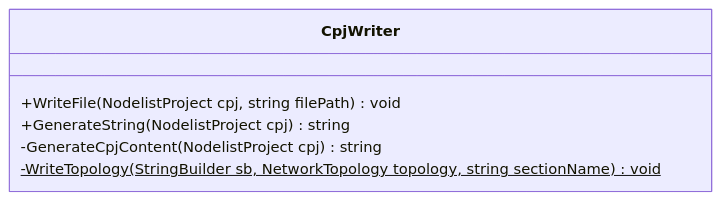
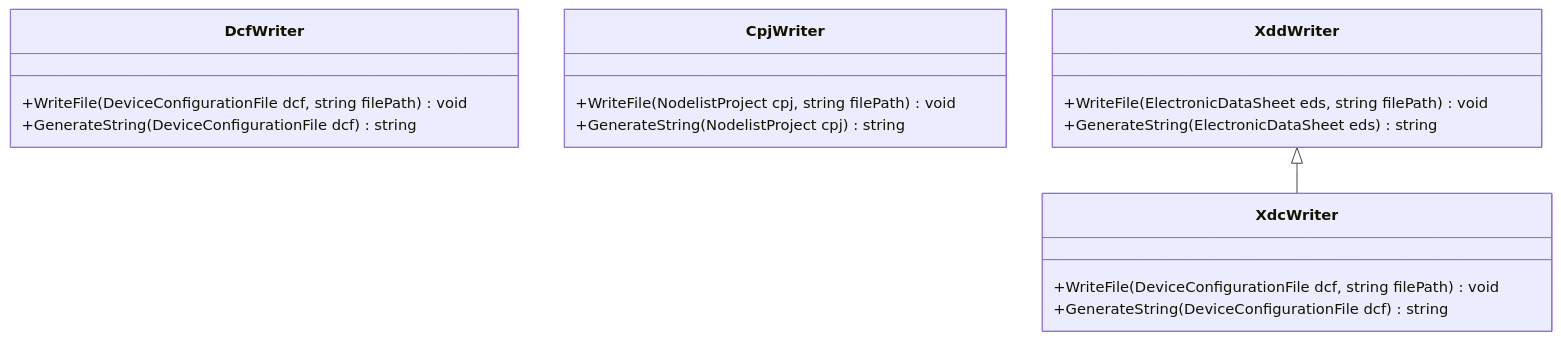
Before and after one commit to dborgards/eds-dcf-net: the third of 7 diagrams in docs/architecture/05-building-block-view.md, drawn with Mermaid. The commit also changed other lines of this file and 14 other files, not shown here.

Commit message:
docs: align readme and architecture with current format support (#65)

````diff
--- a/docs/architecture/05-building-block-view.md
+++ b/docs/architecture/05-building-block-view.md
@@ -138,9 +119,24 @@
 ```mermaid
 classDiagram
+    class DcfWriter {
+        +WriteFile(DeviceConfigurationFile dcf, string filePath) void
+        +GenerateString(DeviceConfigurationFile dcf) string
+    }
+
     class CpjWriter {
         +WriteFile(NodelistProject cpj, string filePath) void
         +GenerateString(NodelistProject cpj) string
-        -GenerateCpjContent(NodelistProject cpj) string
-        -WriteTopology(StringBuilder sb, NetworkTopology topology, string sectionName) void$
     }
+
+    class XddWriter {
+        +WriteFile(ElectronicDataSheet eds, string filePath) void
+        +GenerateString(ElectronicDataSheet eds) string
+    }
+
+    class XdcWriter {
+        +WriteFile(DeviceConfigurationFile dcf, string filePath) void
+        +GenerateString(DeviceConfigurationFile dcf) string
+    }
+
+    XddWriter <|-- XdcWriter
 ```
````
